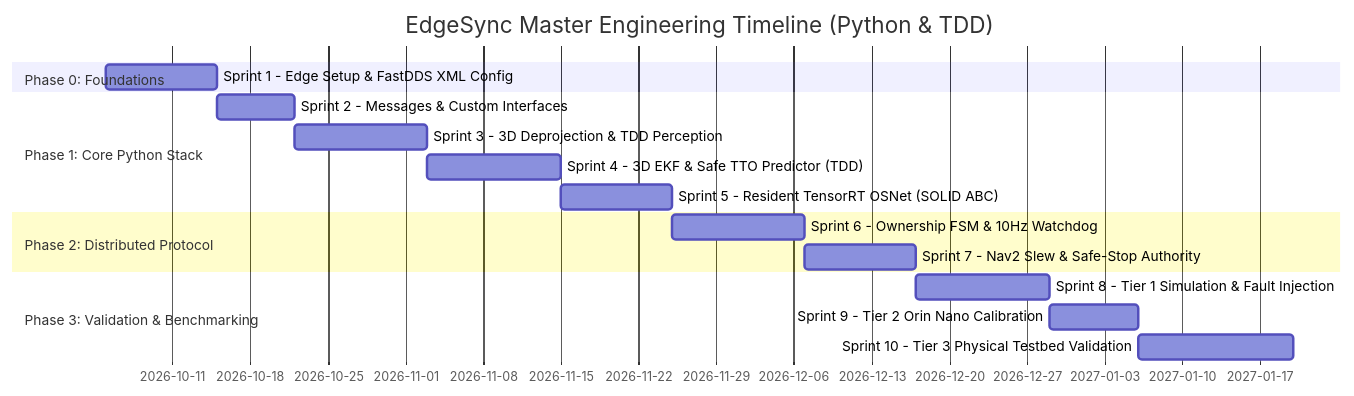
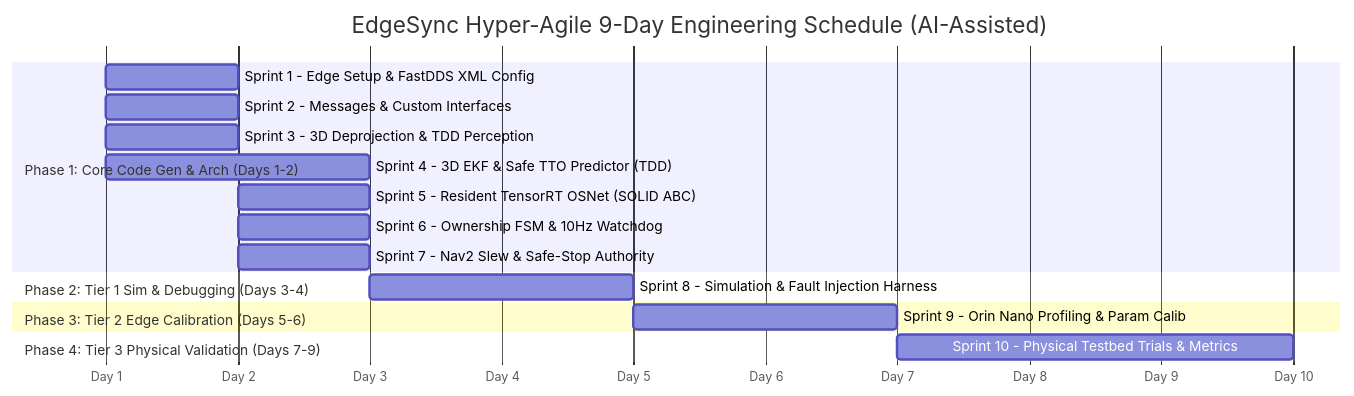
One commit to Ahmed-Tariq-197/Edge-Sync-Temporary- changed the diagram in EdgeSync_Implementation_Plan_v1.0.md. Above: the diagram before and after it, drawn with Mermaid. The commit also changed other lines of this file, not shown here.

Commit message:
docs: update implementation plan to hyper-agile 9-day schedule with Python & SOLID constraints

````diff
--- a/EdgeSync_Implementation_Plan_v1.0.md
+++ b/EdgeSync_Implementation_Plan_v1.0.md
@@ -222,19 +222,20 @@
 ```mermaid
 gantt
-    title EdgeSync Master Engineering Timeline (Python & TDD)
+    title EdgeSync Hyper-Agile 9-Day Engineering Schedule (AI-Assisted)
     dateFormat  YYYY-MM-DD
-    section Phase 0: Foundations
-    Sprint 1 - Edge Setup & FastDDS XML Config      :p0, 2026-10-05, 10d
-    section Phase 1: Core Python Stack
-    Sprint 2 - Messages & Custom Interfaces         :p1, 2026-10-15, 7d
-    Sprint 3 - 3D Deprojection & TDD Perception     :p2, 2026-10-22, 12d
-    Sprint 4 - 3D EKF & Safe TTO Predictor (TDD)   :p3, 2026-11-03, 12d
-    Sprint 5 - Resident TensorRT OSNet (SOLID ABC)  :p4, 2026-11-15, 10d
-    section Phase 2: Distributed Protocol
-    Sprint 6 - Ownership FSM & 10Hz Watchdog        :p5, 2026-11-25, 12d
-    Sprint 7 - Nav2 Slew & Safe-Stop Authority      :p6, 2026-12-07, 10d
-    section Phase 3: Validation & Benchmarking
-    Sprint 8 - Tier 1 Simulation & Fault Injection  :p7, 2026-12-17, 12d
-    Sprint 9 - Tier 2 Orin Nano Calibration         :p8, 2026-12-29, 8d
-    Sprint 10 - Tier 3 Physical Testbed Validation  :p9, 2027-01-06, 14d
+    axisFormat  Day %e
+    section Phase 1: Core Code Gen & Arch (Days 1-2)
+    Sprint 1 - Edge Setup & FastDDS XML Config      :s1, 2026-01-01, 1d
+    Sprint 2 - Messages & Custom Interfaces         :s2, 2026-01-01, 1d
+    Sprint 3 - 3D Deprojection & TDD Perception     :s3, 2026-01-01, 1d
+    Sprint 4 - 3D EKF & Safe TTO Predictor (TDD)   :s4, 2026-01-01, 2d
+    Sprint 5 - Resident TensorRT OSNet (SOLID ABC)  :s5, 2026-01-02, 1d
+    Sprint 6 - Ownership FSM & 10Hz Watchdog        :s6, 2026-01-02, 1d
+    Sprint 7 - Nav2 Slew & Safe-Stop Authority      :s7, 2026-01-02, 1d
+    section Phase 2: Tier 1 Sim & Debugging (Days 3-4)
+    Sprint 8 - Simulation & Fault Injection Harness :s8, 2026-01-03, 2d
+    section Phase 3: Tier 2 Edge Calibration (Days 5-6)
+    Sprint 9 - Orin Nano Profiling & Param Calib   :s9, 2026-01-05, 2d
+    section Phase 4: Tier 3 Physical Validation (Days 7-9)
+    Sprint 10 - Physical Testbed Trials & Metrics   :s10, 2026-01-07, 3d
 ```
````
